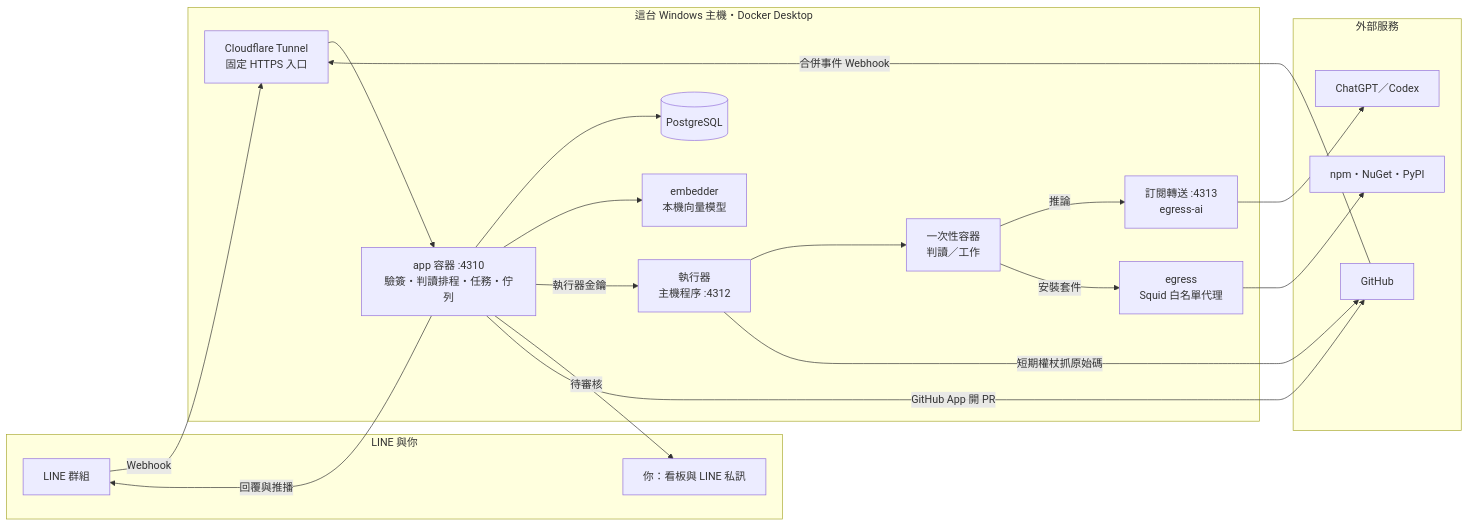
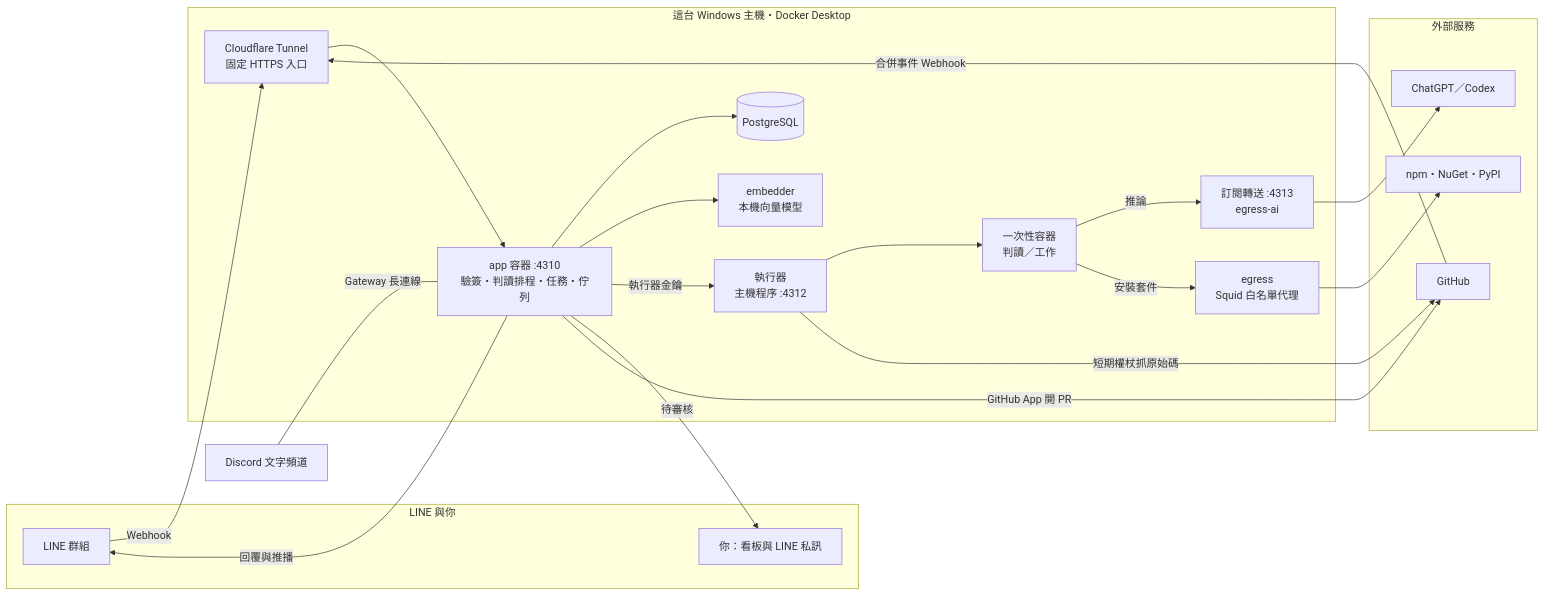
One commit to Andy61490963/chat2pr changed the first of 2 diagrams in README.md. Above: the diagram before and after it, drawn with Mermaid. The commit also changed other lines of this file and 35 other files, not shown here.

````diff
--- a/README.md
+++ b/README.md
@@ -27,33 +27,34 @@
 ```mermaid
 flowchart LR
   subgraph you[LINE 與你]
     L[LINE 群組]
     A[你：看板與 LINE 私訊]
   end
   subgraph host[這台 Windows 主機・Docker Desktop]
     T[Cloudflare Tunnel<br/>固定 HTTPS 入口]
     APP[app 容器 :4310<br/>驗簽・判讀排程・任務・佇列]
     DB[(PostgreSQL)]
     EMB[embedder<br/>本機向量模型]
     R[執行器<br/>主機程序 :4312]
     J[一次性容器<br/>判讀／工作]
     RELAY[訂閱轉送 :4313<br/>egress-ai]
     EG[egress<br/>Squid 白名單代理]
   end
   subgraph ext[外部服務]
     GPT[ChatGPT／Codex]
     GH[GitHub]
     PKG[npm・NuGet・PyPI]
   end
   L -- Webhook --> T --> APP
+  D[Discord 文字頻道] ---|Gateway 長連線| APP
   APP --> DB
   APP --> EMB
   APP -- 執行器金鑰 --> R --> J
   J -- 推論 --> RELAY --> GPT
   J -- 安裝套件 --> EG --> PKG
   R -- 短期權杖抓原始碼 --> GH
   APP -- 待審核 --> A
   APP -- GitHub App 開 PR --> GH
   APP -- 回覆與推播 --> L
   GH -- 合併事件 Webhook --> T
 ```
````
